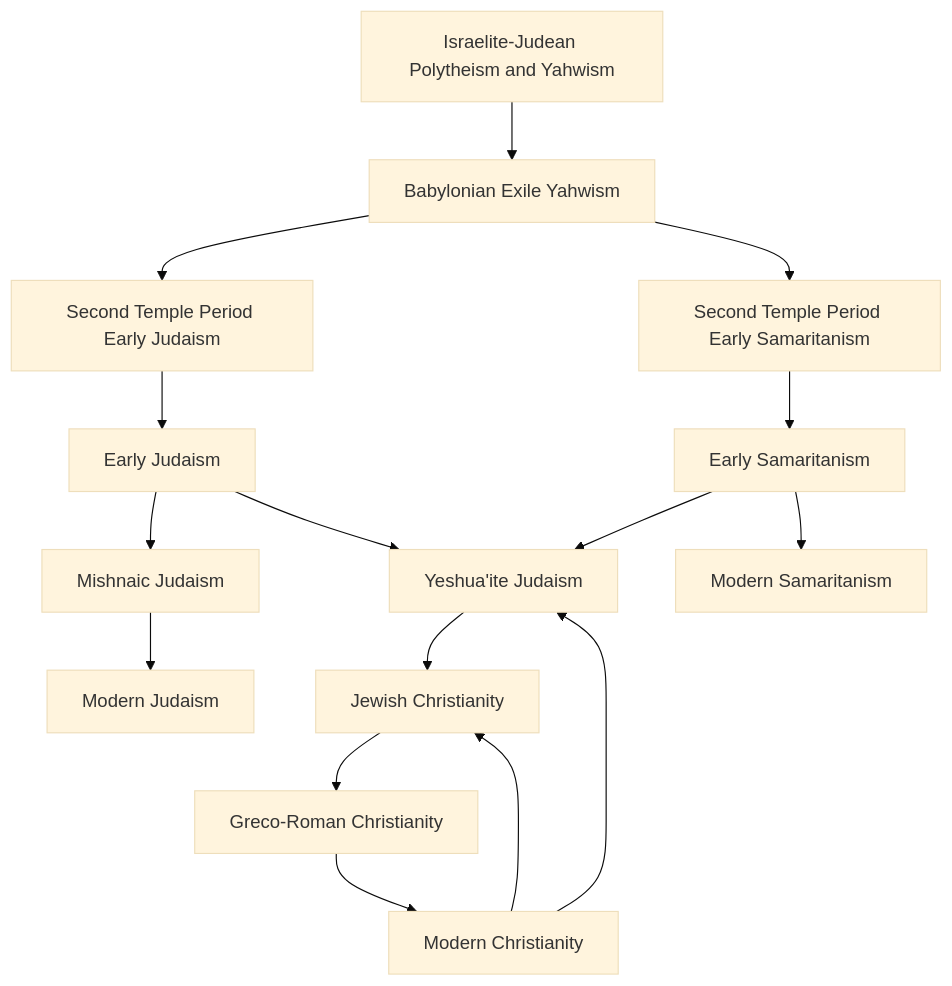
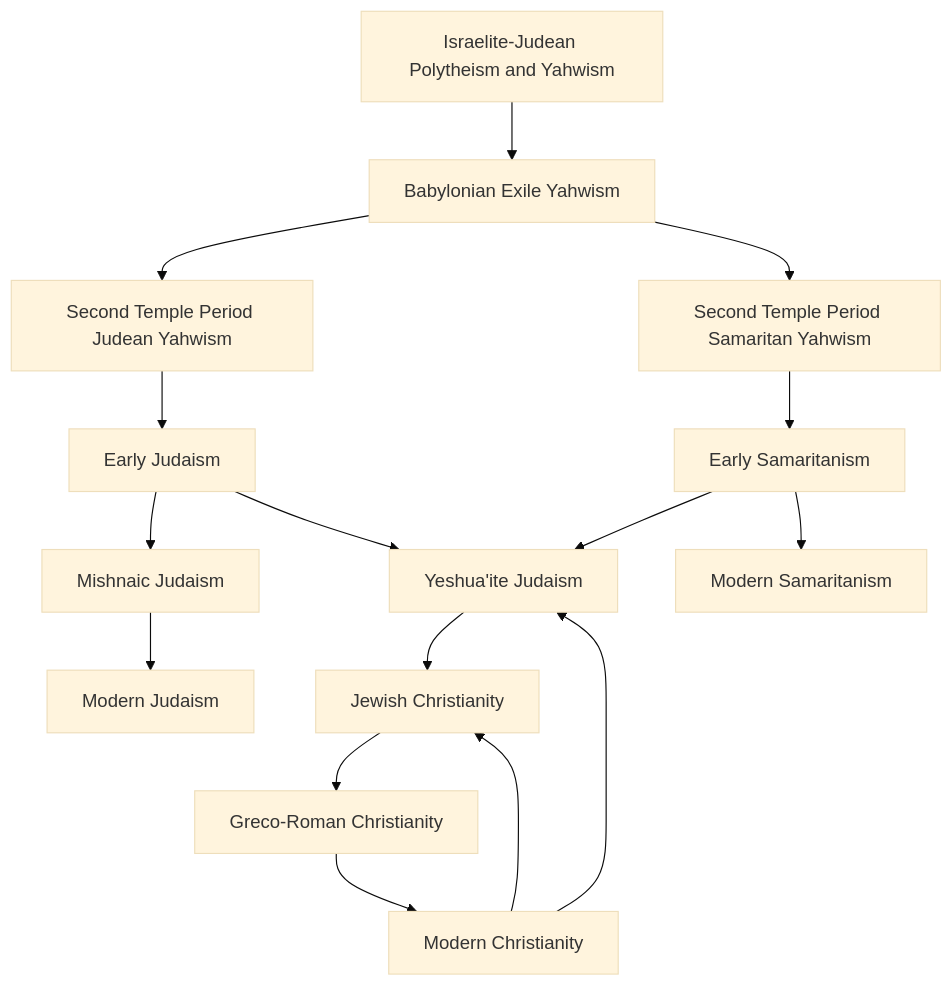
Before and after one commit to bendqh1/mermaid: the diagram in emergence_of_judaism_and_samaritanism.mermaid, drawn with Mermaid (base theme).

```diff
--- a/emergence_of_judaism_and_samaritanism.mermaid
+++ b/emergence_of_judaism_and_samaritanism.mermaid
@@ -1,20 +1,20 @@
 flowchart TD
     A1[Israelite-Judean Polytheism and Yahwism]
     A1 --> A2[Babylonian Exile Yahwism]
-    A2 --> A3[Second Temple Period Early Judaism] 
-    A2 --> A4[Second Temple Period Early Samaritanism]
+    A2 --> A3[Second Temple Period Judean Yahwism] 
+    A2 --> A4[Second Temple Period Samaritan Yahwism]
 
     A3 --> B1[Early Judaism]
     A4 --> B2[Early Samaritanism]
 
     B1 --> C1[Mishnaic Judaism]
     B1 & B2 --> C2[Yeshua'ite Judaism]
 
     C1 --> D1[Modern Judaism]
     B2 --> D2[Modern Samaritanism]
     
     C2 --> XX1[Jewish Christianity]
     XX1 --> XX2[Greco-Roman Christianity]
     XX2 --> XX3[Modern Christianity]
 
     XX3 --> C2 & XX1
```
